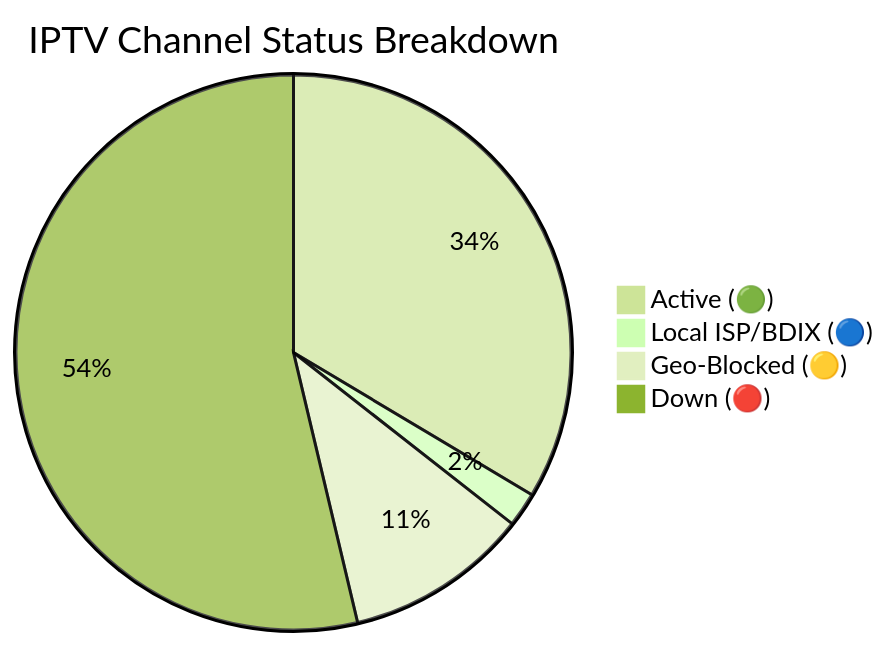
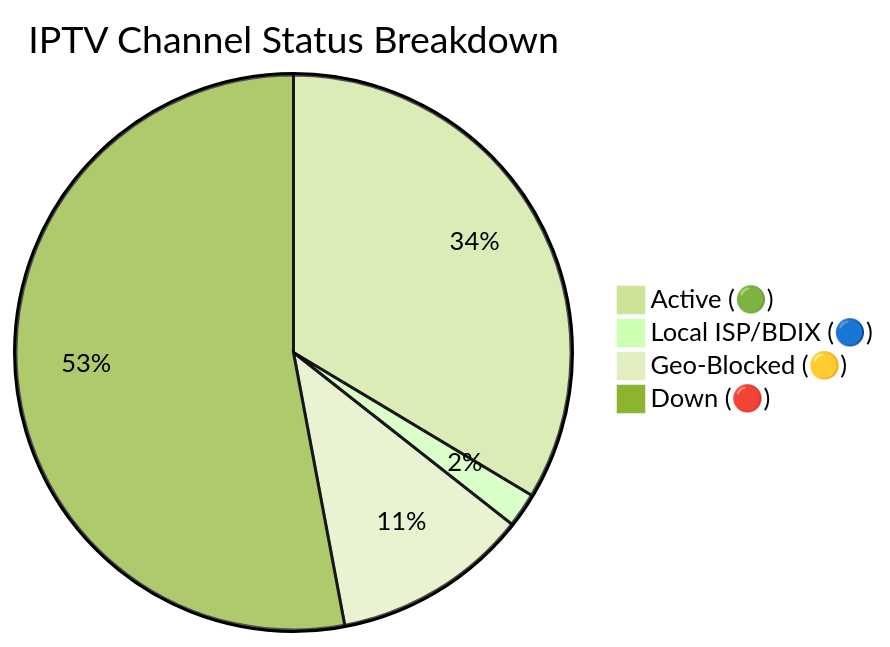
The diagram in README.md (andreataylord/Ip-tv-Collection), drawn with Mermaid (forest theme) before and after one commit. The commit also changed other lines of this file and 1 other file, not shown here.

Commit message:
docs(readme): auto-update daily channel status chart

````diff
--- a/README.md
+++ b/README.md
@@ -59,7 +59,7 @@
 ```mermaid
 pie title IPTV Channel Status Breakdown
-    "Active (🟢)" : 2140
+    "Active (🟢)" : 2142
     "Local ISP/BDIX (🔵)" : 128
-    "Geo-Blocked (🟡)" : 683
-    "Down (🔴)" : 3424
+    "Geo-Blocked (🟡)" : 729
+    "Down (🔴)" : 3376
 ```
````
